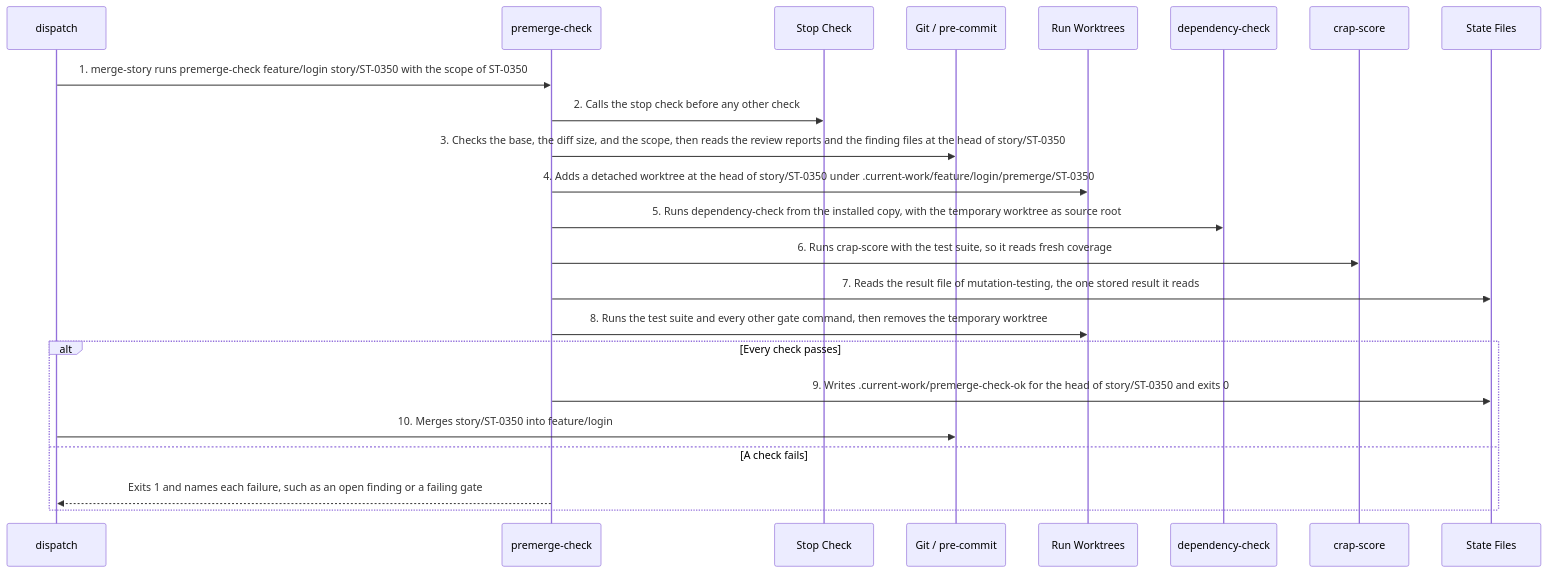
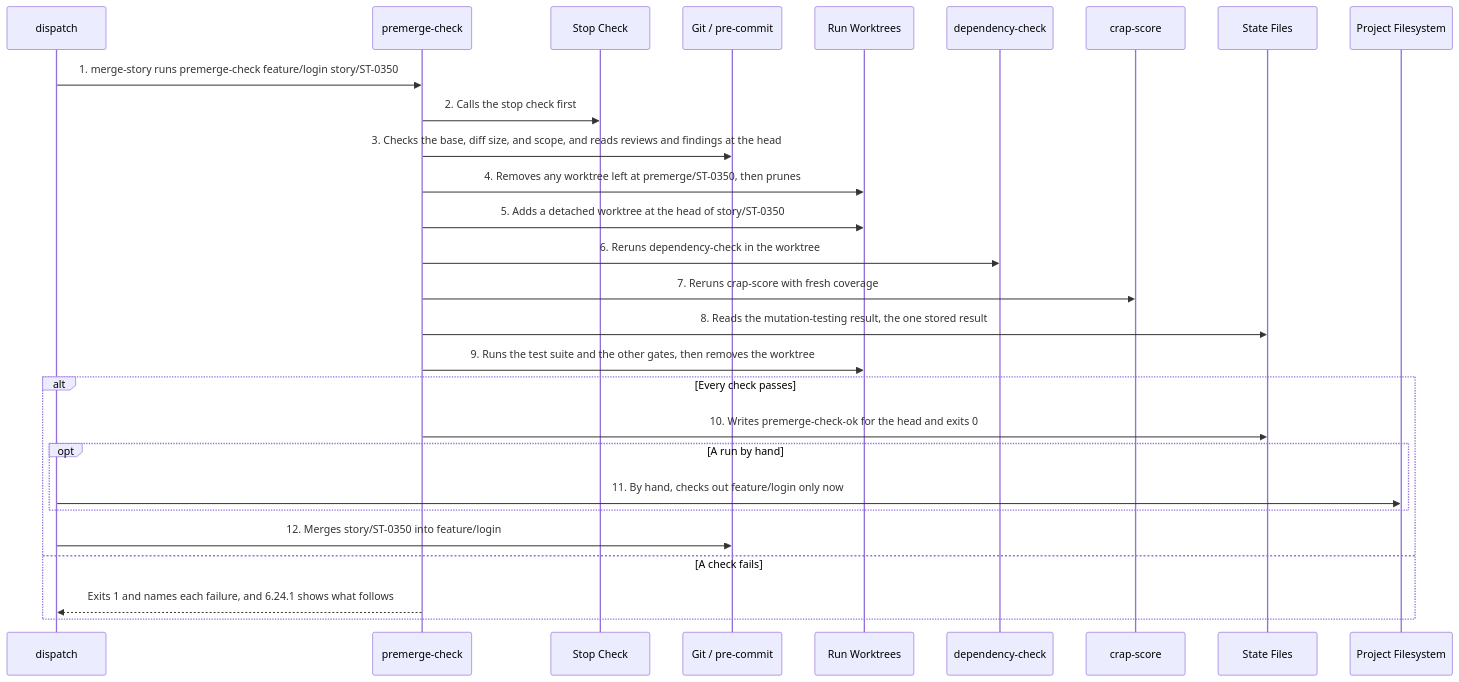
Diagram 33 of 36 in docs/arc42/06_runtime_view.md (matthiasdaues/agent_factory), drawn with Mermaid before and after one commit. The commit also changed other lines of this file and 67 other files, not shown here.

First line of the commit message:
refactor: address the ATAM review of the run lifecycle architecture (ATAM-0021 to ATAM-0026)

````diff
--- a/docs/arc42/06_runtime_view.md
+++ b/docs/arc42/06_runtime_view.md
@@ -1363,26 +1371,31 @@
 ```mermaid
 sequenceDiagram
     participant D as dispatch
     participant PC as premerge-check
     participant SC as Stop Check
     participant G as Git / pre-commit
     participant RW as Run Worktrees
     participant DC as dependency-check
     participant CS as crap-score
     participant SF as State Files
+    participant PF as Project Filesystem
 
-    D->>PC: 1. merge-story runs premerge-check feature/login story/ST-0350 with the scope of ST-0350
-    PC->>SC: 2. Calls the stop check before any other check
-    PC->>G: 3. Checks the base, the diff size, and the scope, then reads the review reports and the finding files at the head of story/ST-0350
-    PC->>RW: 4. Adds a detached worktree at the head of story/ST-0350 under .current-work/feature/login/premerge/ST-0350
-    PC->>DC: 5. Runs dependency-check from the installed copy, with the temporary worktree as source root
-    PC->>CS: 6. Runs crap-score with the test suite, so it reads fresh coverage
-    PC->>SF: 7. Reads the result file of mutation-testing, the one stored result it reads
-    PC->>RW: 8. Runs the test suite and every other gate command, then removes the temporary worktree
+    D->>PC: 1. merge-story runs premerge-check feature/login story/ST-0350
+    PC->>SC: 2. Calls the stop check first
+    PC->>G: 3. Checks the base, diff size, and scope, and reads reviews and findings at the head
+    PC->>RW: 4. Removes any worktree left at premerge/ST-0350, then prunes
+    PC->>RW: 5. Adds a detached worktree at the head of story/ST-0350
+    PC->>DC: 6. Reruns dependency-check in the worktree
+    PC->>CS: 7. Reruns crap-score with fresh coverage
+    PC->>SF: 8. Reads the mutation-testing result, the one stored result
+    PC->>RW: 9. Runs the test suite and the other gates, then removes the worktree
     alt Every check passes
-        PC->>SF: 9. Writes .current-work/premerge-check-ok for the head of story/ST-0350 and exits 0
-        D->>G: 10. Merges story/ST-0350 into feature/login
+        PC->>SF: 10. Writes premerge-check-ok for the head and exits 0
+        opt A run by hand
+            D->>PF: 11. By hand, checks out feature/login only now
+        end
+        D->>G: 12. Merges story/ST-0350 into feature/login
     else A check fails
-        PC-->>D: Exits 1 and names each failure, such as an open finding or a failing gate
+        PC-->>D: Exits 1 and names each failure, and 6.24.1 shows what follows
     end
 ```
````
